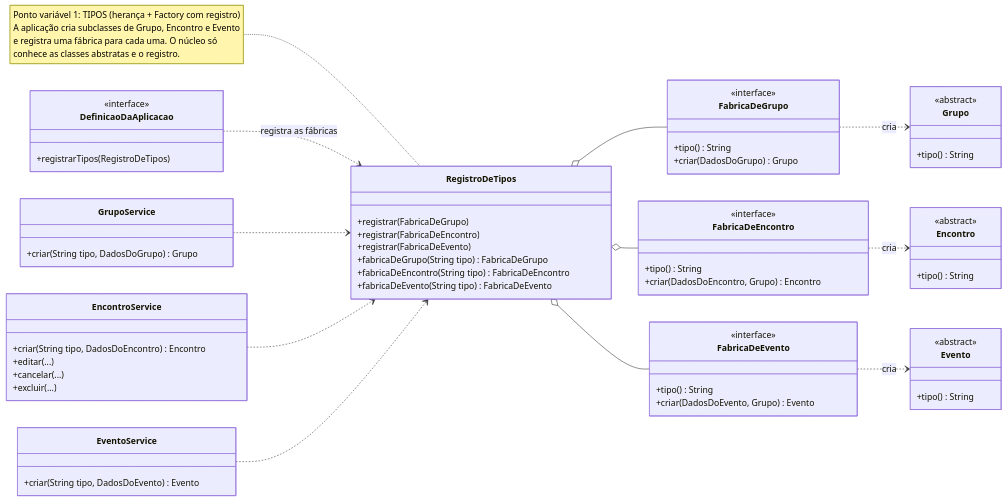
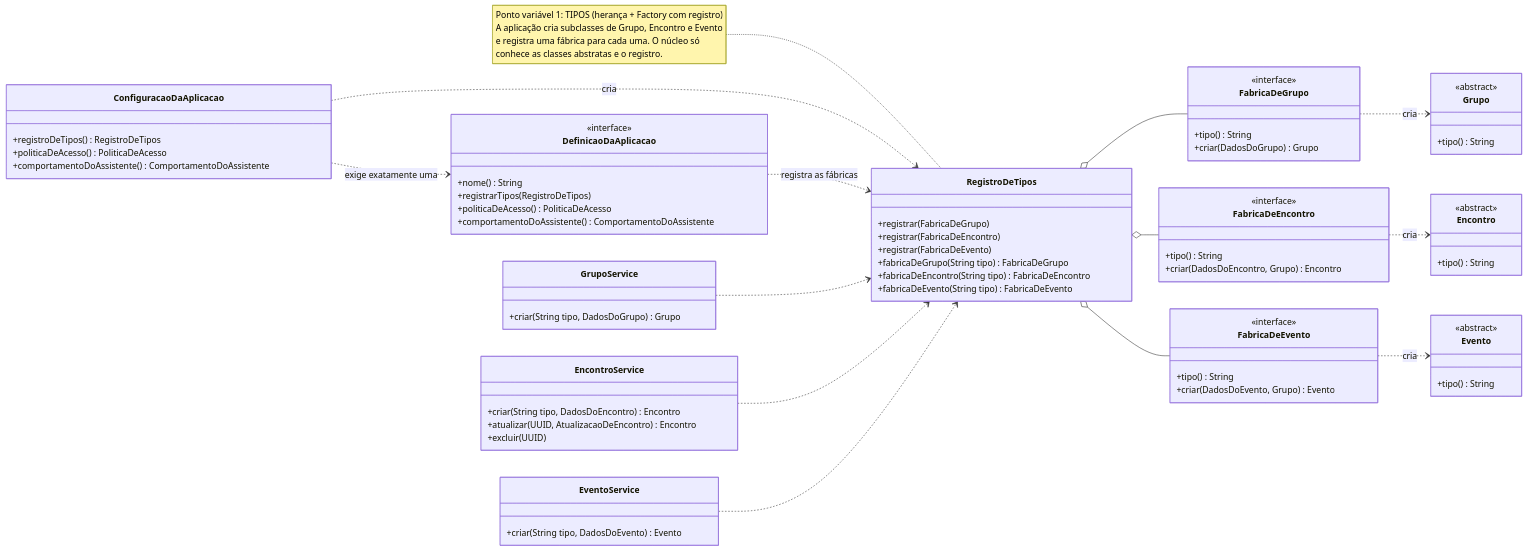
The fourth of 7 diagrams in docs/framework/diagrama-de-classes.md (Jamykson/AllGenda), drawn with Mermaid before and after one commit. The commit also changed other lines of this file and 7 other files, not shown here.

````diff
--- a/docs/framework/diagrama-de-classes.md
+++ b/docs/framework/diagrama-de-classes.md
@@ -298,69 +301,78 @@
 ```mermaid
 classDiagram
 direction LR
 
 class Grupo {
   <<abstract>>
   +tipo() String
 }
 class Encontro {
   <<abstract>>
   +tipo() String
 }
 class Evento {
   <<abstract>>
   +tipo() String
 }
 class FabricaDeGrupo {
   <<interface>>
   +tipo() String
   +criar(DadosDoGrupo) Grupo
 }
 class FabricaDeEncontro {
   <<interface>>
   +tipo() String
   +criar(DadosDoEncontro, Grupo) Encontro
 }
 class FabricaDeEvento {
   <<interface>>
   +tipo() String
   +criar(DadosDoEvento, Grupo) Evento
 }
 class RegistroDeTipos {
   +registrar(FabricaDeGrupo)
   +registrar(FabricaDeEncontro)
   +registrar(FabricaDeEvento)
   +fabricaDeGrupo(String tipo) FabricaDeGrupo
   +fabricaDeEncontro(String tipo) FabricaDeEncontro
   +fabricaDeEvento(String tipo) FabricaDeEvento
 }
 class GrupoService {
   +criar(String tipo, DadosDoGrupo) Grupo
 }
 class EncontroService {
   +criar(String tipo, DadosDoEncontro) Encontro
-  +editar(...)
-  +cancelar(...)
-  +excluir(...)
+  +atualizar(UUID, AtualizacaoDeEncontro) Encontro
+  +excluir(UUID)
 }
 class EventoService {
   +criar(String tipo, DadosDoEvento) Evento
 }
 class DefinicaoDaAplicacao {
   <<interface>>
+  +nome() String
   +registrarTipos(RegistroDeTipos)
+  +politicaDeAcesso() PoliticaDeAcesso
+  +comportamentoDoAssistente() ComportamentoDoAssistente
+}
+class ConfiguracaoDaAplicacao {
+  +registroDeTipos() RegistroDeTipos
+  +politicaDeAcesso() PoliticaDeAcesso
+  +comportamentoDoAssistente() ComportamentoDoAssistente
 }
 
+ConfiguracaoDaAplicacao ..> DefinicaoDaAplicacao : exige exatamente uma
+ConfiguracaoDaAplicacao ..> RegistroDeTipos : cria
 DefinicaoDaAplicacao ..> RegistroDeTipos : registra as fábricas
 RegistroDeTipos o-- FabricaDeGrupo
 RegistroDeTipos o-- FabricaDeEncontro
 RegistroDeTipos o-- FabricaDeEvento
 FabricaDeGrupo ..> Grupo : cria
 FabricaDeEncontro ..> Encontro : cria
 FabricaDeEvento ..> Evento : cria
 GrupoService ..> RegistroDeTipos
 EncontroService ..> RegistroDeTipos
 EventoService ..> RegistroDeTipos
 
 note for RegistroDeTipos "Ponto variável 1: TIPOS (herança + Factory com registro)<br/>A aplicação cria subclasses de Grupo, Encontro e Evento<br/>e registra uma fábrica para cada uma. O núcleo só<br/>conhece as classes abstratas e o registro."
 ```
````
